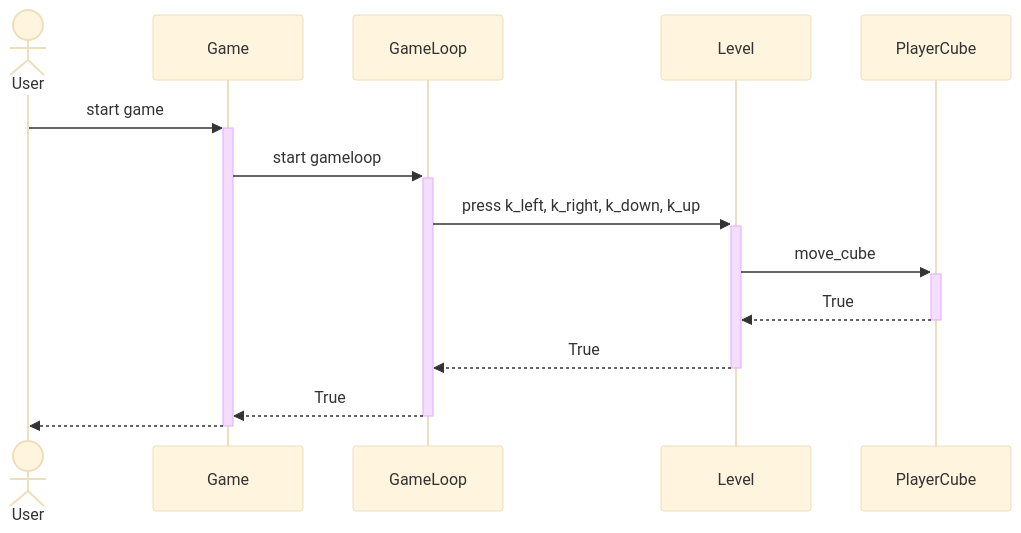
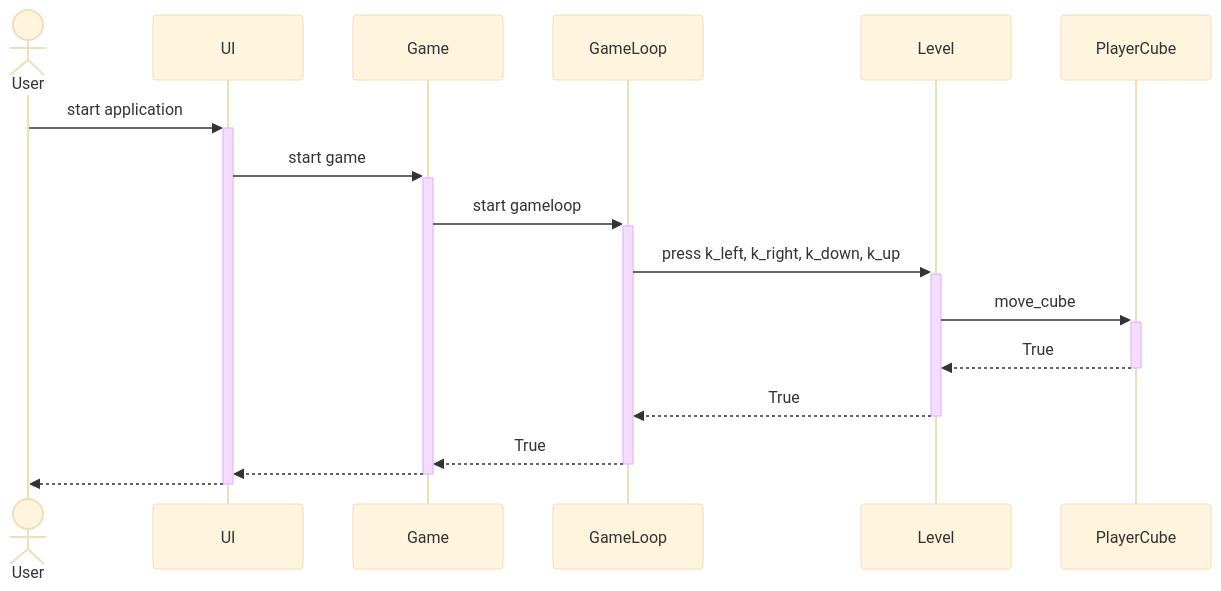
One commit to oskarruo/ot-harjoitustyo changed the second of 2 diagrams in dokumentaatio/arkkitehtuuri.md. Above: the diagram before and after it, drawn with Mermaid (base theme). The commit also changed other lines of this file, not shown here.

````diff
--- a/dokumentaatio/arkkitehtuuri.md
+++ b/dokumentaatio/arkkitehtuuri.md
@@ -25,17 +28,20 @@
 ```mermaid
 sequenceDiagram
     actor User
+    participant UI
     participant Game
     participant GameLoop
     participant Level
     participant PlayerCube
     
-    User ->>+ Game: start game
+    User ->>+ UI: start application
+    UI ->>+ Game: start game
     Game ->>+ GameLoop: start gameloop
     GameLoop ->>+ Level: press k_left, k_right, k_down, k_up
     Level ->>+ PlayerCube: move_cube
     PlayerCube -->>- Level: True
     Level -->>- GameLoop: True 
     GameLoop -->>- Game: True
-    Game -->>- User: 
+    Game -->>- UI:
+    UI -->>- User:
 ```
````
